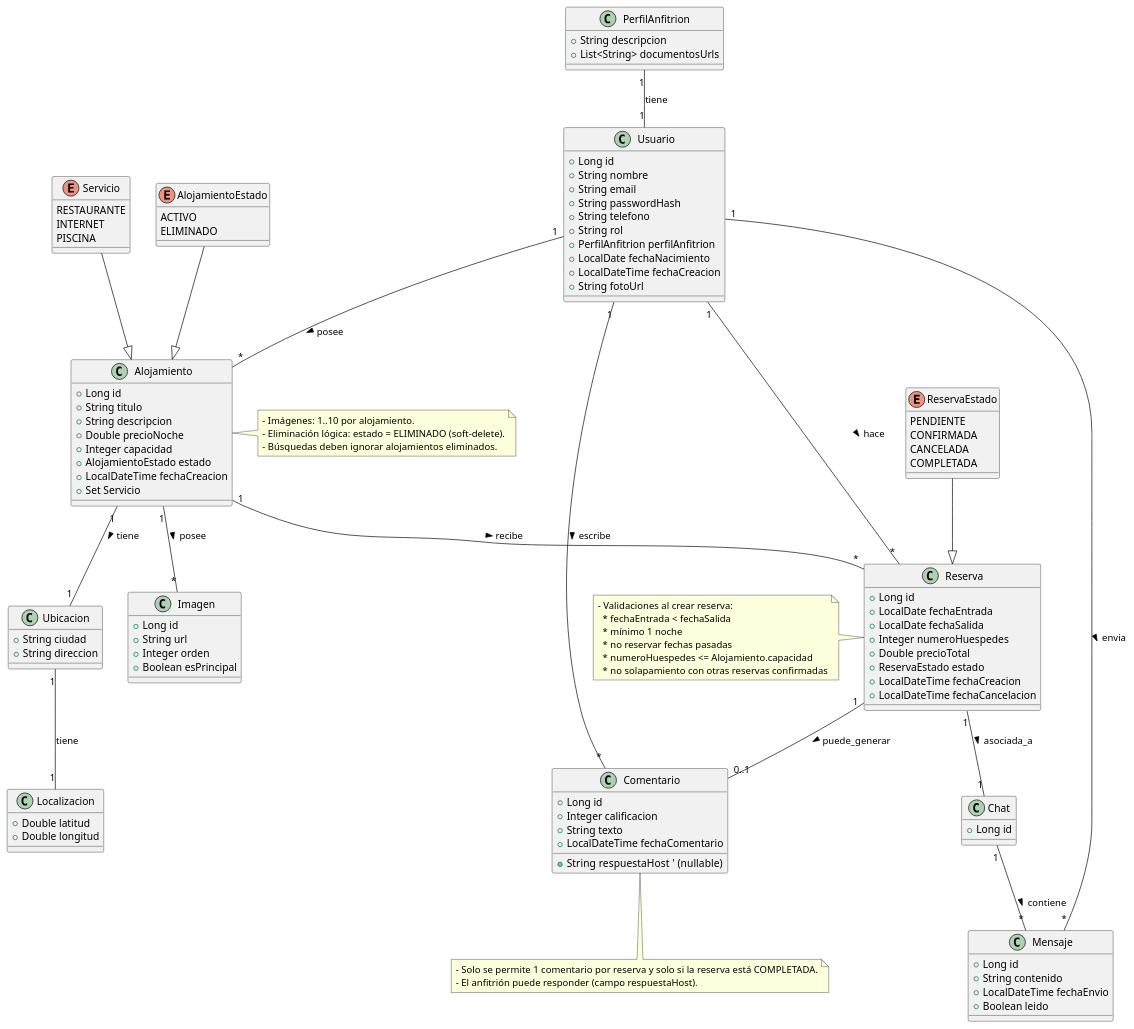
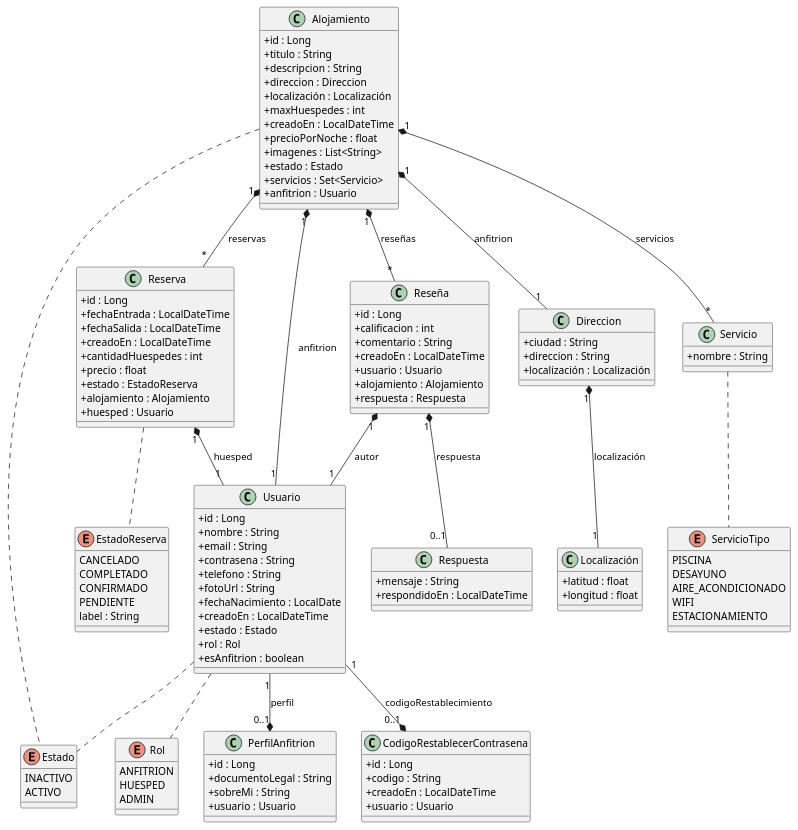
Before and after one commit to FelipePedraza/Proyecto_Final_Avanzada_Backend: the diagram in src/main/resources/DiagramaClases_ViviGo.puml, drawn with PlantUML. The commit also changed 1 other file, not shown here.

Commit message:
El diagrama se corrigio y parte del openApi todavia falta por corregirlo

```diff
--- a/src/main/resources/DiagramaClases_ViviGo.puml
+++ b/src/main/resources/DiagramaClases_ViviGo.puml
@@ -1,137 +1,154 @@
-@startuml DiagramaClasesViviGo
-'Diagrama de Clases - ViviGo (Entidades y Relaciones)
+@startuml DiagramaClases
+' --- Opciones de estilo ---
+skinparam classAttributeIconSize 0
+skinparam class {
+  BackgroundColor<<enum>> Silver
+  BorderColor Black
+}
+
+' --- Enumeraciones ---
+enum EstadoReserva {
+  CANCELADO
+  COMPLETADO
+  CONFIRMADO
+  PENDIENTE
+  label : String
+}
+
+enum Estado {
+  INACTIVO
+  ACTIVO
+}
+
+enum ServicioTipo {
+  PISCINA
+  DESAYUNO
+  AIRE_ACONDICIONADO
+  WIFI
+  ESTACIONAMIENTO
+}
+
+enum Rol {
+  ANFITRION
+  HUESPED
+  ADMIN
+}
+
+' --- Clases principales ---
+class Reserva {
+  +id : Long
+  +fechaEntrada : LocalDateTime
+  +fechaSalida : LocalDateTime
+  +creadoEn : LocalDateTime
+  +cantidadHuespedes : int
+  +precio : float
+  +estado : EstadoReserva
+  +alojamiento : Alojamiento
+  +huesped : Usuario
+}
+
+class Alojamiento {
+  +id : Long
+  +titulo : String
+  +descripcion : String
+  +direccion : Direccion
+  +localización : Localización
+  +maxHuespedes : int
+  +creadoEn : LocalDateTime
+  +precioPorNoche : float
+  +imagenes : List<String>
+  +estado : Estado
+  +servicios : Set<Servicio>
+  +anfitrion : Usuario
+}
+
 class Usuario {
-  +Long id
-  +String nombre
-  +String email
-  +String passwordHash
-  +String telefono
-  +String rol
-  +PerfilAnfitrion perfilAnfitrion
-  +LocalDate fechaNacimiento
-  +LocalDateTime fechaCreacion
-  +String fotoUrl
+  +id : Long
+  +nombre : String
+  +email : String
+  +contrasena : String
+  +telefono : String
+  +fotoUrl : String
+  +fechaNacimiento : LocalDate
+  +creadoEn : LocalDateTime
+  +estado : Estado
+  +rol : Rol
+  +esAnfitrion : boolean
 }
 
 class PerfilAnfitrion {
-  +String descripcion
-  +List<String> documentosUrls
+  +id : Long
+  +documentoLegal : String
+  +sobreMi : String
+  +usuario : Usuario
 }
 
-
-class Ubicacion {
-  +String ciudad
-  +String direccion
+class CodigoRestablecerContrasena {
+  +id : Long
+  +codigo : String
+  +creadoEn : LocalDateTime
+  +usuario : Usuario
 }
 
-class Alojamiento {
-  +Long id
-  +String titulo
-  +String descripcion
-  +Double precioNoche
-  +Integer capacidad
-  +AlojamientoEstado estado
-  +LocalDateTime fechaCreacion
-  +Set Servicio
+class Reseña {
+  +id : Long
+  +calificacion : int
+  +comentario : String
+  +creadoEn : LocalDateTime
+  +usuario : Usuario
+  +alojamiento : Alojamiento
+  +respuesta : Respuesta
 }
 
-class Imagen {
-  +Long id
-  +String url
-  +Integer orden
-  +Boolean esPrincipal
+class Respuesta {
+  +mensaje : String
+  +respondidoEn : LocalDateTime
 }
 
-enum Servicio {
-  RESTAURANTE
-  INTERNET
-  PISCINA
-}
-Servicio --|> Alojamiento
-
-class Reserva {
-  +Long id
-  +LocalDate fechaEntrada
-  +LocalDate fechaSalida
-  +Integer numeroHuespedes
-  +Double precioTotal
-  +ReservaEstado estado
-  +LocalDateTime fechaCreacion
-  +LocalDateTime fechaCancelacion
+class Direccion {
+  +ciudad : String
+  +direccion : String
+  +localización : Localización
 }
 
-class Comentario {
-  +Long id
-  +Integer calificacion
-  +String texto
-  +LocalDateTime fechaComentario
-  +String respuestaHost  ' (nullable)
+class Localización {
+  +latitud : float
+  +longitud : float
 }
 
-class Chat {
-  +Long id
+class Servicio {
+  +nombre : String
+  ' valores en ServicioTipo (enum)
 }
 
-class Mensaje {
-  +Long id
-  +String contenido
-  +LocalDateTime fechaEnvio
-  +Boolean leido
-}
+Alojamiento "1" *-- "*" Reserva : reservas
 
-class Localizacion {
-  +Double latitud
-  +Double longitud
-}
+Reserva "1" *-- "1" Usuario : huesped
 
-enum AlojamientoEstado {
-  ACTIVO
-  ELIMINADO
-}
-AlojamientoEstado --|> Alojamiento
+Alojamiento "1" *-- "*" Servicio : servicios
 
-enum ReservaEstado {
-  PENDIENTE
-  CONFIRMADA
-  CANCELADA
-  COMPLETADA
-}
-ReservaEstado --|> Reserva
+Alojamiento "1" *-- "1" Usuario : anfitrion
 
+Alojamiento "1" *-- "1" Direccion : anfitrion
 
-' Associations and multiplicities
-Usuario "1" -- "*" Reserva : hace >
-PerfilAnfitrion "1"--"1" Usuario : tiene
-Alojamiento "1" -- "*" Reserva : recibe >
-Usuario "1" -- "*" Alojamiento : posee >
-Alojamiento "1" -- "1" Ubicacion : tiene >
-Alojamiento "1" -- "*" Imagen : posee >
-Reserva "1" -- "0..1" Comentario : puede_generar >
-Reserva "1" -- "1" Chat : asociada_a >
-Chat "1" -- "*" Mensaje : contiene >
-Usuario "1" -- "*" Comentario : escribe >
-Usuario "1" -- "*" Mensaje : envia >
-Ubicacion "1" -- "1" Localizacion : tiene
+Usuario "1" --* "0..1" PerfilAnfitrion : perfil
 
-' Constraints / Business rules (notes)
-note right of Alojamiento
-  - Imágenes: 1..10 por alojamiento.
-  - Eliminación lógica: estado = ELIMINADO (soft-delete).
-  - Búsquedas deben ignorar alojamientos eliminados.
-end note
+Usuario "1" --* "0..1" CodigoRestablecerContrasena : codigoRestablecimiento
 
-note left of Reserva
-  - Validaciones al crear reserva:
-    * fechaEntrada < fechaSalida
-    * mínimo 1 noche
-    * no reservar fechas pasadas
-    * numeroHuespedes <= Alojamiento.capacidad
-    * no solapamiento con otras reservas confirmadas
-end note
+Alojamiento "1" *-- "*" Reseña : reseñas
 
-note bottom of Comentario
-  - Solo se permite 1 comentario por reserva y solo si la reserva está COMPLETADA.
-  - El anfitrión puede responder (campo respuestaHost).
-end note
+Reseña "1" *-- "1" Usuario : autor
+
+Reseña "1" *-- "0..1" Respuesta : respuesta
+
+Direccion "1" *-- "1" Localización : localización
+
+Usuario .. Rol
+Usuario .. Estado
+
+Alojamiento .. Estado
+Servicio .. ServicioTipo
+
+Reserva .. EstadoReserva
 
 @enduml
```
